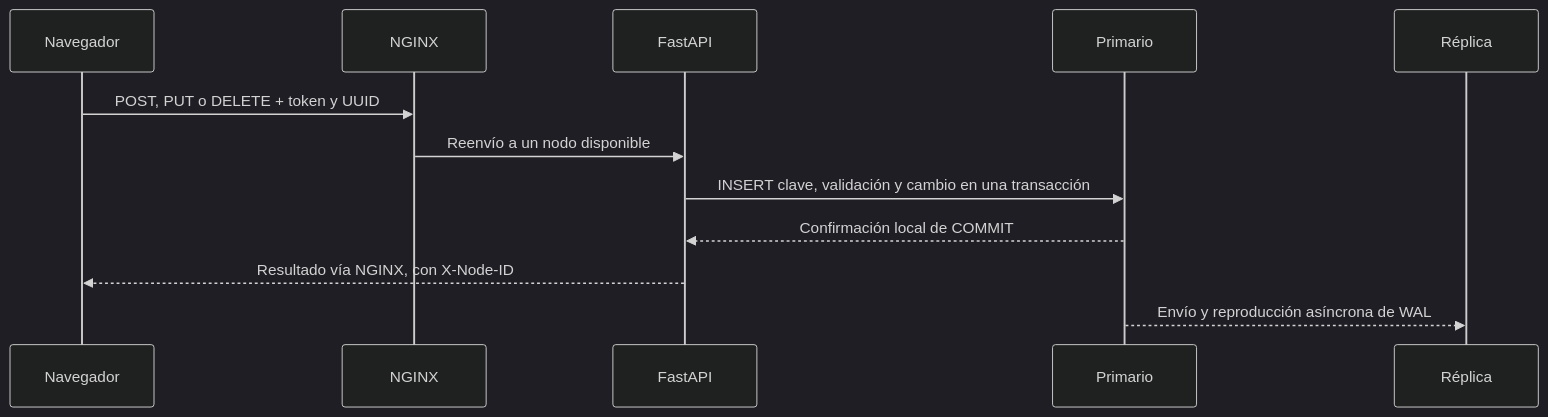
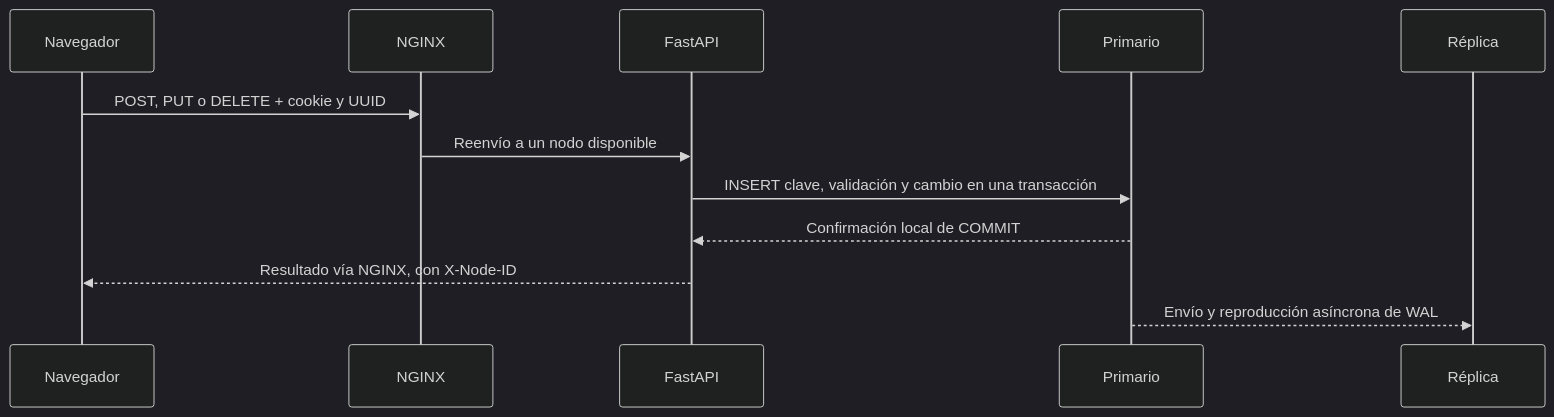
One commit to Jhomnsito/sistemas-distribuidos changed the second of 2 diagrams in docs/manual-tecnico.md. Above: the diagram before and after it, drawn with Mermaid (dark theme). The commit also changed other lines of this file and 11 other files, not shown here.

````diff
--- a/docs/manual-tecnico.md
+++ b/docs/manual-tecnico.md
@@ -23,14 +25,14 @@
 ```mermaid
 sequenceDiagram
   participant UI as Navegador
   participant G as NGINX
   participant A as FastAPI
   participant P as Primario
   participant R as Réplica
-  UI->>G: POST, PUT o DELETE + token y UUID
+  UI->>G: POST, PUT o DELETE + cookie y UUID
   G->>A: Reenvío a un nodo disponible
   A->>P: INSERT clave, validación y cambio en una transacción
   P-->>A: Confirmación local de COMMIT
   A-->>UI: Resultado vía NGINX, con X-Node-ID
   P-->>R: Envío y reproducción asíncrona de WAL
 ```
````
